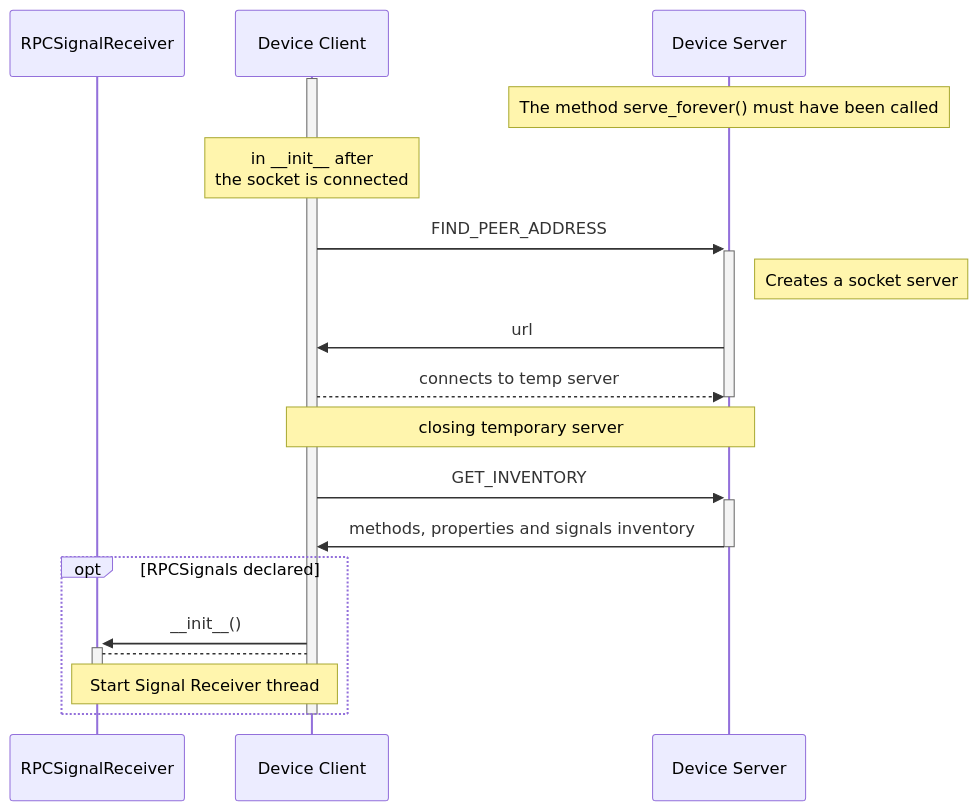
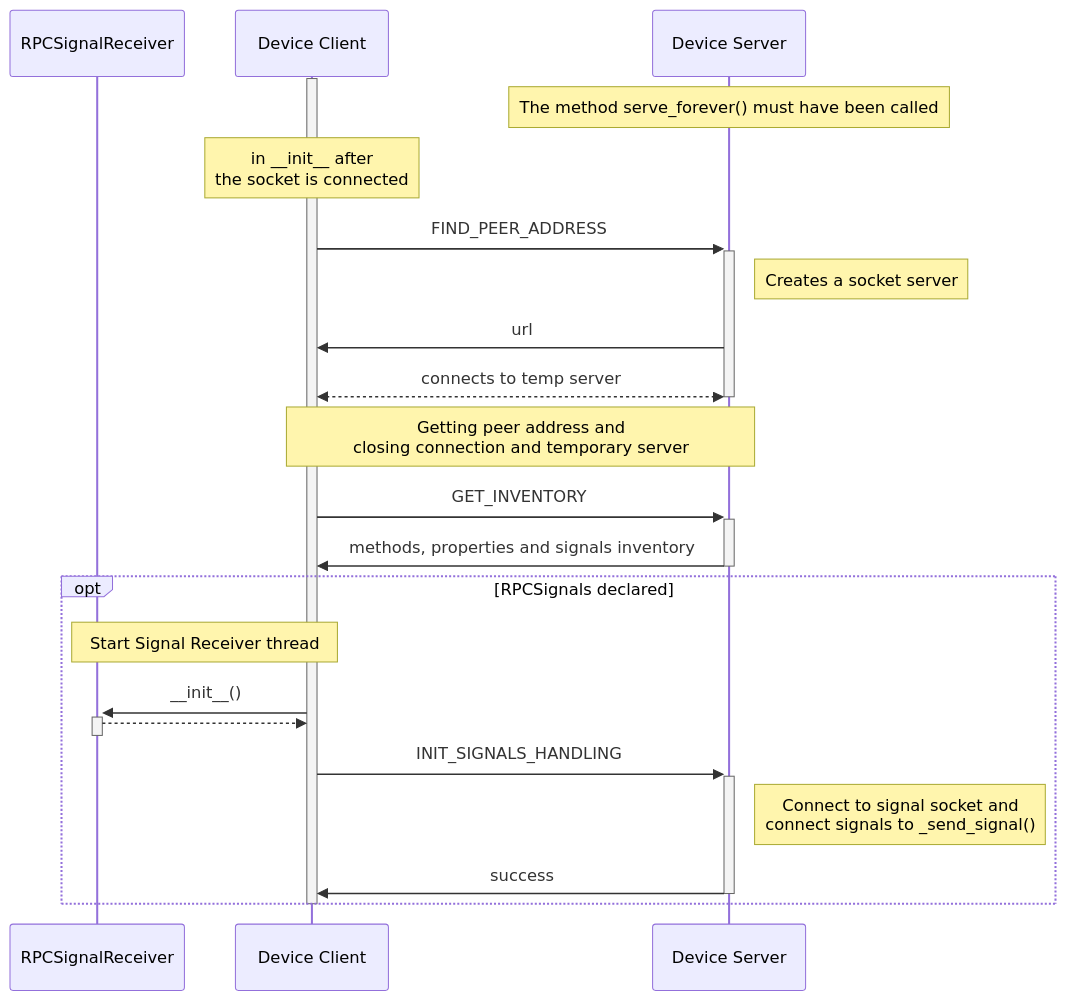
Before and after one commit to romi/Plant-Imager3: the second of 6 diagrams in docs/developer/RPC.md, drawn with Mermaid. The commit also changed other lines of this file, not shown here.

Commit message:
update sequence diagrams in RPC.md

````diff
--- a/docs/developer/RPC.md
+++ b/docs/developer/RPC.md
@@ -101,29 +101,32 @@
 ```mermaid
 sequenceDiagram
     participant signal_recv as RPCSignalReceiver
     participant client as Device Client
     participant server as Device Server
     activate client
     Note over server: The method serve_forever() must have been called
     Note over client: in __init__ after <br/> the socket is connected
     client->>+server: FIND_PEER_ADDRESS
     Note right of server: Creates a socket server
     server->>client: url
-    client-->>server: connects to temp server
+    client<<-->>server: connects to temp server
     deactivate server
     
     
-    Note over client,server: closing temporary server
+    Note over client,server: Getting peer address and <br/> closing connection and temporary server
     client->>+server: GET_INVENTORY
     server->>-client: methods, properties and signals inventory
 
     opt RPCSignals declared
-    client->>+signal_recv: __init__() 
-    signal_recv-->-client: 
     Note over signal_recv, client: Start Signal Receiver thread
+    client->>+signal_recv: __init__()
+    signal_recv-->>-client: 
+    client->>+server: INIT_SIGNALS_HANDLING
+    Note right of server: Connect to signal socket and <br/> connect signals to _send_signal()
+    server->>-client: success
 
     end
 
     deactivate client
 
 ```
````
